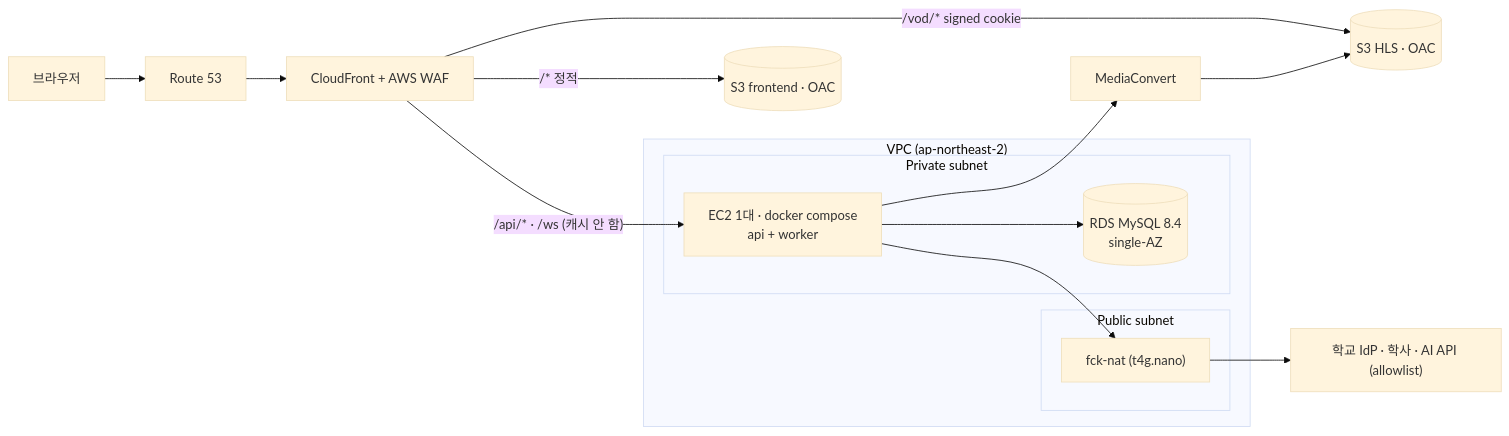
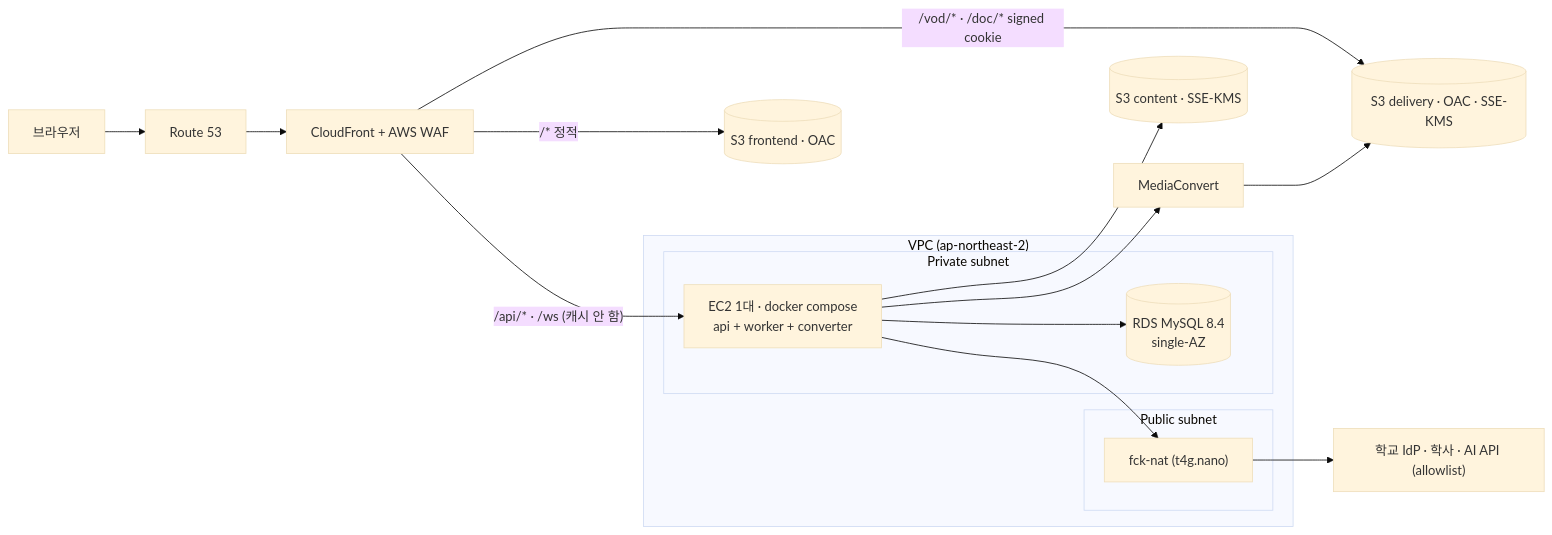
Before and after one commit to 2026ENDPoinT/team13: the first of 3 diagrams in backend/docs/architecture.md, drawn with Mermaid (base theme). The commit also changed other lines of this file and 144 other files, not shown here.

````diff
--- a/backend/docs/architecture.md
+++ b/backend/docs/architecture.md
@@ -36,19 +39,20 @@
 ```mermaid
 flowchart LR
   U[브라우저] --> R53[Route 53] --> CF["CloudFront + AWS WAF"]
   CF -->|"/* 정적"| S3FE[("S3 frontend · OAC")]
-  CF -->|"/vod/* signed cookie"| S3V[("S3 HLS · OAC")]
+  CF -->|"/vod/* · /doc/* signed cookie"| S3D[("S3 delivery · OAC · SSE-KMS")]
   CF -->|"/api/* · /ws (캐시 안 함)"| EC2
   subgraph VPC["VPC (ap-northeast-2)"]
     subgraph PUB[Public subnet]
       NAT["fck-nat (t4g.nano)"]
     end
     subgraph PRIV[Private subnet]
-      EC2["EC2 1대 · docker compose<br/>api + worker"]
+      EC2["EC2 1대 · docker compose<br/>api + worker + converter"]
       RDS[("RDS MySQL 8.4<br/>single-AZ")]
     end
   end
   EC2 --> RDS
+  EC2 --> S3C[("S3 content · SSE-KMS")]
   EC2 --> NAT --> EXT["학교 IdP · 학사 · AI API (allowlist)"]
-  EC2 --> MC[MediaConvert] --> S3V
+  EC2 --> MC[MediaConvert] --> S3D
 ```
````
